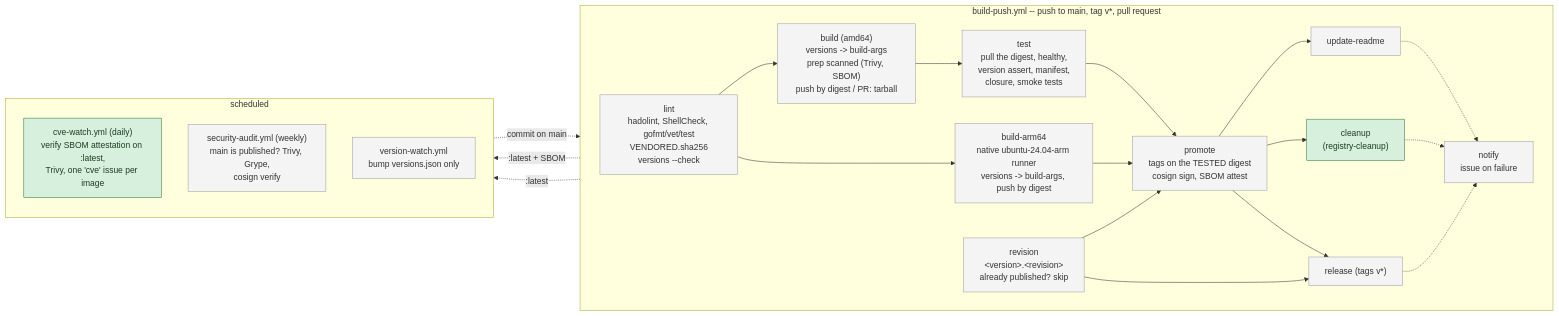
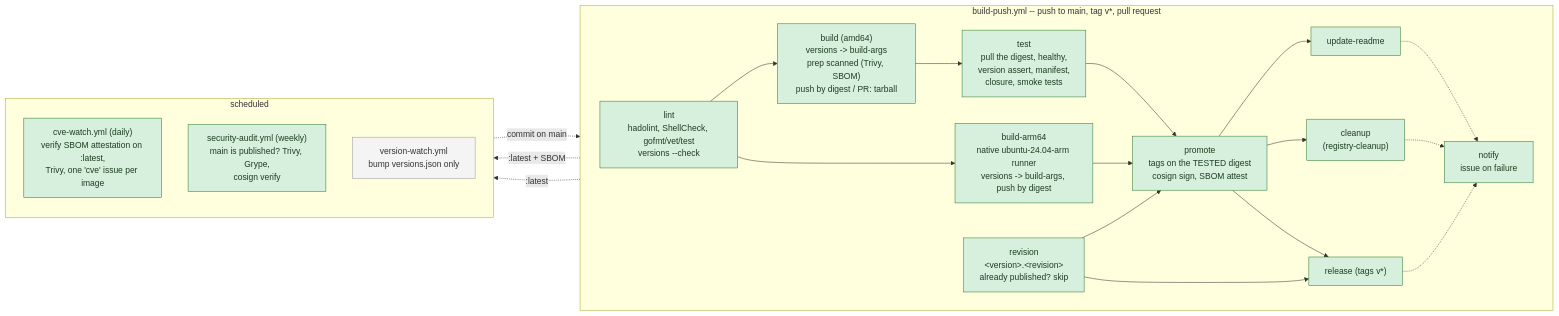
One commit to jbsky/hardened-ci changed the diagram in README.md. Above: the diagram before and after it, drawn with Mermaid. The commit also changed other lines of this file and 15 other files, not shown here.

First line of the commit message:
feat: etapes 3 et 4 -- gabarits build-push et security-audit (#13)

````diff
--- a/README.md
+++ b/README.md
@@ -21,38 +24,38 @@
 ```mermaid
 flowchart LR
   subgraph BP["build-push.yml -- push to main, tag v*, pull request"]
     direction LR
-    lint["lint<br/>hadolint, ShellCheck, gofmt/vet/test<br/>VENDORED.sha256<br/>versions --check"]
+    lint["lint<br/>hadolint, ShellCheck, gofmt/vet/test<br/>versions --check"]
     build["build (amd64)<br/>versions -> build-args<br/>prep scanned (Trivy, SBOM)<br/>push by digest / PR: tarball"]
     arm["build-arm64<br/>native ubuntu-24.04-arm runner<br/>versions -> build-args, push by digest"]
     test["test<br/>pull the digest, healthy,<br/>version assert, manifest,<br/>closure, smoke tests"]
     rev["revision<br/>&lt;version&gt;.&lt;revision&gt;<br/>already published? skip"]
     promote["promote<br/>tags on the TESTED digest<br/>cosign sign, SBOM attest"]
     readme["update-readme"]
     cleanup["cleanup<br/>(registry-cleanup)"]
     release["release (tags v*)"]
     notify["notify<br/>issue on failure"]
     lint --> build --> test --> promote
     lint --> arm --> promote
     rev --> promote
     promote --> readme
     promote --> cleanup
     promote --> release
     rev --> release
     readme & cleanup & release -.-> notify
   end
   subgraph SCHED["scheduled"]
     direction TB
     cve["cve-watch.yml (daily)<br/>verify SBOM attestation on :latest,<br/>Trivy, one 'cve' issue per image"]
     audit["security-audit.yml (weekly)<br/>main is published? Trivy, Grype,<br/>cosign verify"]
     vw["version-watch.yml<br/>bump versions.json only"]
   end
   vw -. "commit on main" .-> lint
   promote -. ":latest + SBOM" .-> cve
   promote -. ":latest" .-> audit
 
   classDef shared fill:#d7f0dd,stroke:#2e7d32,color:#1b3d20
   classDef local fill:#f4f4f4,stroke:#9e9e9e,color:#333
-  class cve,cleanup shared
-  class lint,build,arm,test,rev,promote,readme,release,notify,audit,vw local
+  class cve,cleanup,lint,build,arm,test,rev,promote,readme,release,notify,audit shared
+  class vw local
 ```
````
